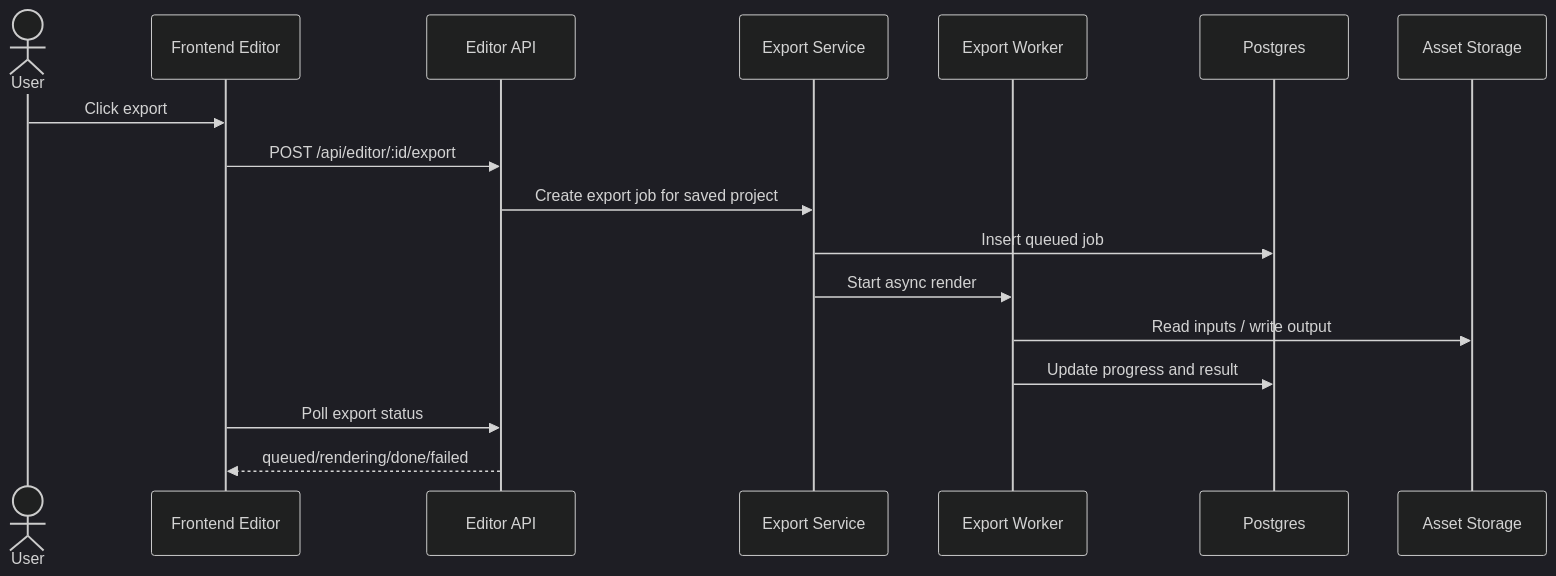
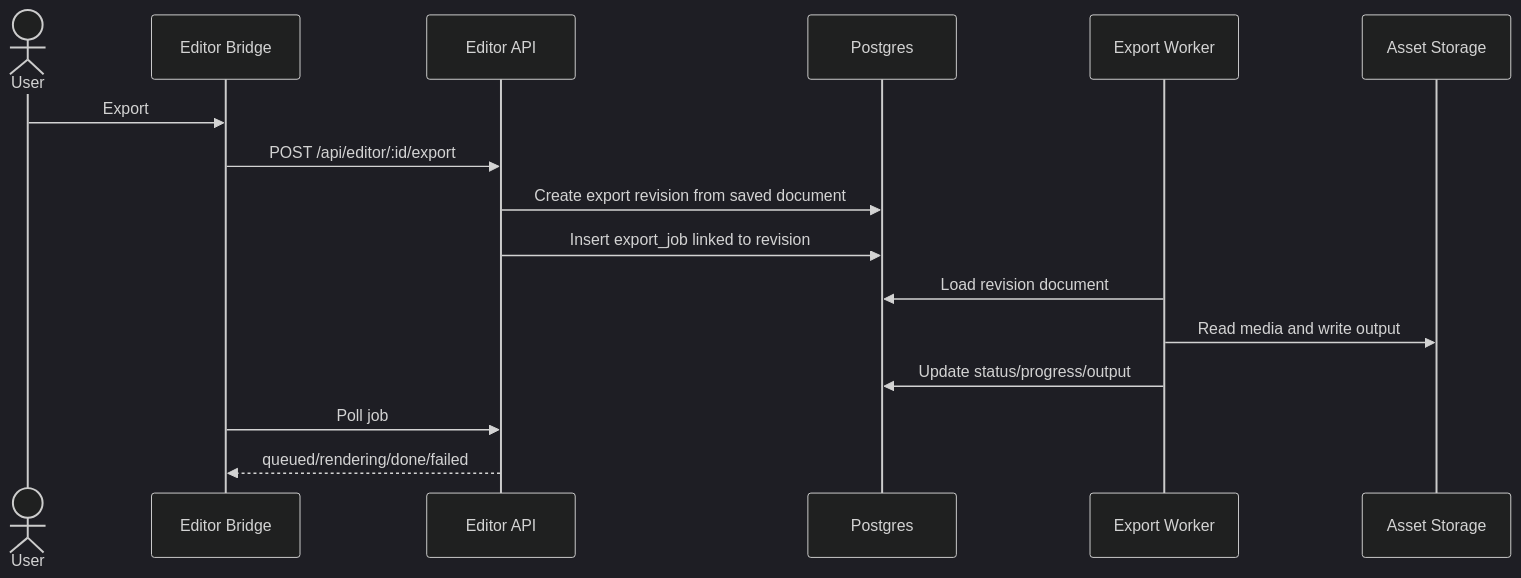
The third of 3 diagrams in docs/plans/hld-editor.md (KennethAtchon/ContentAI), drawn with Mermaid (dark theme) before and after one commit. The commit also changed other lines of this file and 14 other files, not shown here.

````diff
--- a/docs/plans/hld-editor.md
+++ b/docs/plans/hld-editor.md
@@ -303,20 +509,19 @@
 ```mermaid
 sequenceDiagram
     actor User
-    participant FE as Frontend Editor
+    participant Bridge as Editor Bridge
     participant API as Editor API
-    participant Jobs as Export Service
+    participant DB as Postgres
     participant Worker as Export Worker
-    participant DB as Postgres
     participant Assets as Asset Storage
 
-    User->>FE: Click export
-    FE->>API: POST /api/editor/:id/export
-    API->>Jobs: Create export job for saved project
-    Jobs->>DB: Insert queued job
-    Jobs->>Worker: Start async render
-    Worker->>Assets: Read inputs / write output
-    Worker->>DB: Update progress and result
-    FE->>API: Poll export status
-    API-->>FE: queued/rendering/done/failed
+    User->>Bridge: Export
+    Bridge->>API: POST /api/editor/:id/export
+    API->>DB: Create export revision from saved document
+    API->>DB: Insert export_job linked to revision
+    Worker->>DB: Load revision document
+    Worker->>Assets: Read media and write output
+    Worker->>DB: Update status/progress/output
+    Bridge->>API: Poll job
+    API-->>Bridge: queued/rendering/done/failed
 ```
````
